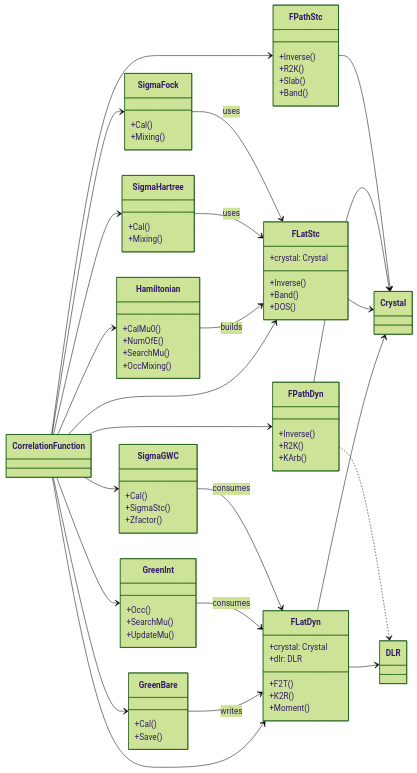
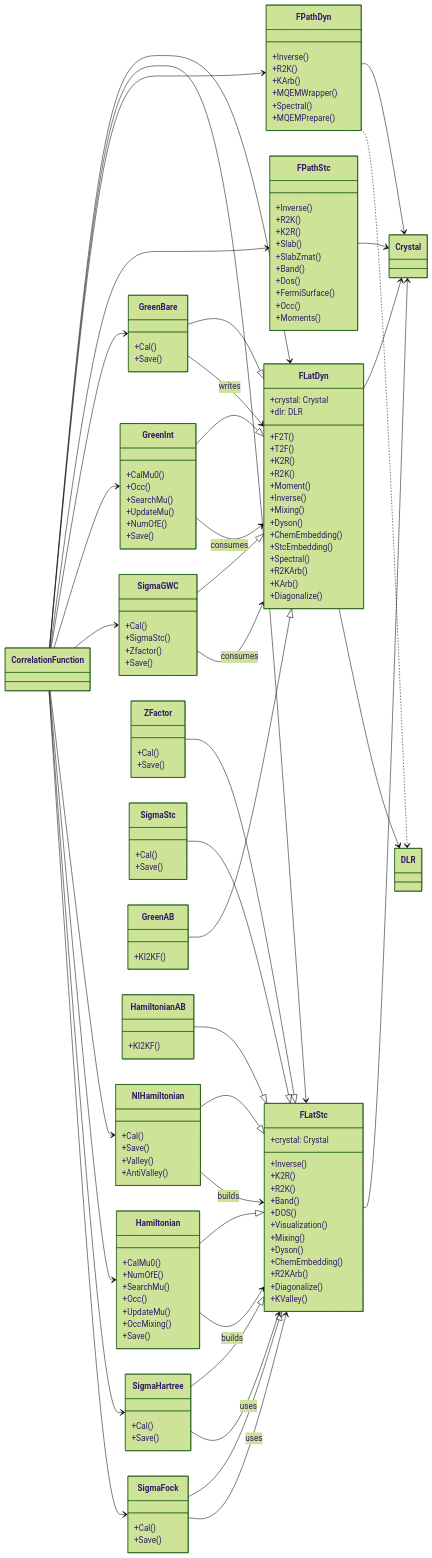
The second of 4 diagrams in docs/SerialClassDiagram.md (QAssemble/qassemble), drawn with Mermaid (forest theme) before and after one commit. The commit also changed other lines of this file and 1 other file, not shown here.

```diff
--- a/docs/SerialClassDiagram.md
+++ b/docs/SerialClassDiagram.md
@@ -57,53 +76,109 @@
         +crystal: Crystal
         +dlr: DLR
         +F2T()
+        +T2F()
         +K2R()
+        +R2K()
         +Moment()
+        +Inverse()
+        +Mixing()
+        +Dyson()
+        +ChemEmbedding()
+        +StcEmbedding()
+        +Spectral()
+        +R2KArb()
+        +KArb()
+        +Diagonalize()
     }
     class FLatStc {
         +crystal: Crystal
         +Inverse()
+        +K2R()
+        +R2K()
         +Band()
         +DOS()
+        +Visualization()
+        +Mixing()
+        +Dyson()
+        +ChemEmbedding()
+        +R2KArb()
+        +Diagonalize()
+        +KValley()
     }
     class GreenBare {
         +Cal()
         +Save()
     }
     class GreenInt {
+        +CalMu0()
         +Occ()
         +SearchMu()
         +UpdateMu()
+        +NumOfE()
+        +Save()
     }
     class SigmaGWC {
         +Cal()
         +SigmaStc()
         +Zfactor()
+        +Save()
+    }
+    class NIHamiltonian {
+        +Cal()
+        +Save()
+        +Valley()
+        +AntiValley()
     }
     class Hamiltonian {
         +CalMu0()
         +NumOfE()
         +SearchMu()
+        +Occ()
+        +UpdateMu()
         +OccMixing()
+        +Save()
     }
     class SigmaHartree {
         +Cal()
-        +Mixing()
+        +Save()
     }
     class SigmaFock {
         +Cal()
-        +Mixing()
+        +Save()
+    }
+    class ZFactor {
+        +Cal()
+        +Save()
+    }
+    class SigmaStc {
+        +Cal()
+        +Save()
+    }
+    class GreenAB {
+        +KI2KF()
+    }
+    class HamiltonianAB {
+        +KI2KF()
     }
     class FPathDyn {
         +Inverse()
         +R2K()
         +KArb()
+        +MQEMWrapper()
+        +Spectral()
+        +MQEMPrepare()
     }
     class FPathStc {
         +Inverse()
         +R2K()
+        +K2R()
         +Slab()
+        +SlabZmat()
         +Band()
+        +Dos()
+        +FermiSurface()
+        +Occ()
+        +Moments()
     }
 
     CorrelationFunction --> FLatDyn
@@ -119,12 +194,25 @@
     CorrelationFunction --> GreenBare
     CorrelationFunction --> GreenInt
     CorrelationFunction --> SigmaGWC
+    CorrelationFunction --> NIHamiltonian
     CorrelationFunction --> Hamiltonian
     CorrelationFunction --> SigmaHartree
     CorrelationFunction --> SigmaFock
+    GreenBare --|> FLatDyn
+    GreenInt --|> FLatDyn
+    SigmaGWC --|> FLatDyn
+    GreenAB --|> FLatDyn
+    NIHamiltonian --|> FLatStc
+    Hamiltonian --|> FLatStc
+    SigmaHartree --|> FLatStc
+    SigmaFock --|> FLatStc
+    HamiltonianAB --|> FLatStc
+    ZFactor --|> FLatStc
+    SigmaStc --|> FLatStc
     GreenBare --> FLatDyn : writes
     GreenInt --> FLatDyn : consumes
     SigmaGWC --> FLatDyn : consumes
+    NIHamiltonian --> FLatStc : builds
     Hamiltonian --> FLatStc : builds
     SigmaHartree --> FLatStc : uses
     SigmaFock --> FLatStc : uses
```
